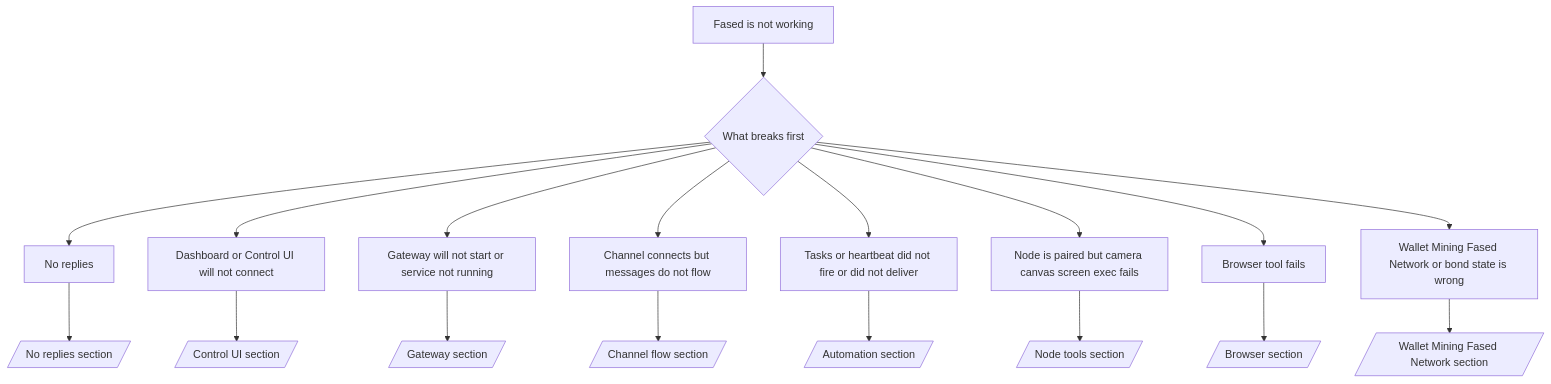
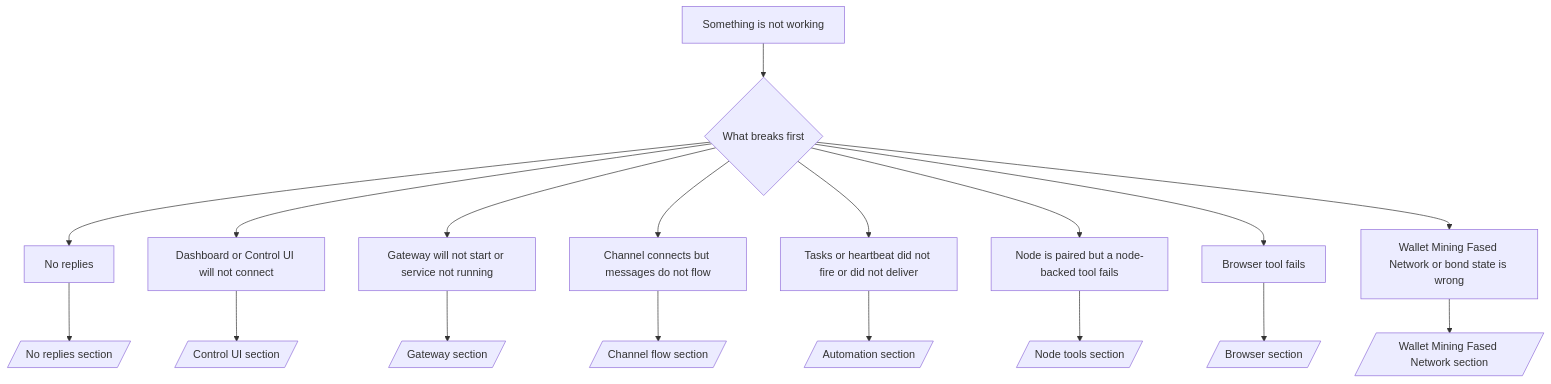
The diagram in docs/help/troubleshooting.md (fased-ai/fased), drawn with Mermaid before and after one commit. The commit also changed other lines of this file and 264 other files, not shown here.

````diff
--- a/docs/help/troubleshooting.md
+++ b/docs/help/troubleshooting.md
@@ -72,21 +75,21 @@
 ```mermaid
 flowchart TD
-  A[Fased is not working] --> B{What breaks first}
+  A[Something is not working] --> B{What breaks first}
   B --> C[No replies]
   B --> D[Dashboard or Control UI will not connect]
   B --> E[Gateway will not start or service not running]
   B --> F[Channel connects but messages do not flow]
   B --> G[Tasks or heartbeat did not fire or did not deliver]
-  B --> H[Node is paired but camera canvas screen exec fails]
+  B --> H[Node is paired but a node-backed tool fails]
   B --> I[Browser tool fails]
   B --> J[Wallet Mining Fased Network or bond state is wrong]
 
   C --> C1[/No replies section/]
   D --> D1[/Control UI section/]
   E --> E1[/Gateway section/]
   F --> F1[/Channel flow section/]
   G --> G1[/Automation section/]
   H --> H1[/Node tools section/]
   I --> I1[/Browser section/]
   J --> J1[/Wallet Mining Fased Network section/]
 ```
````
